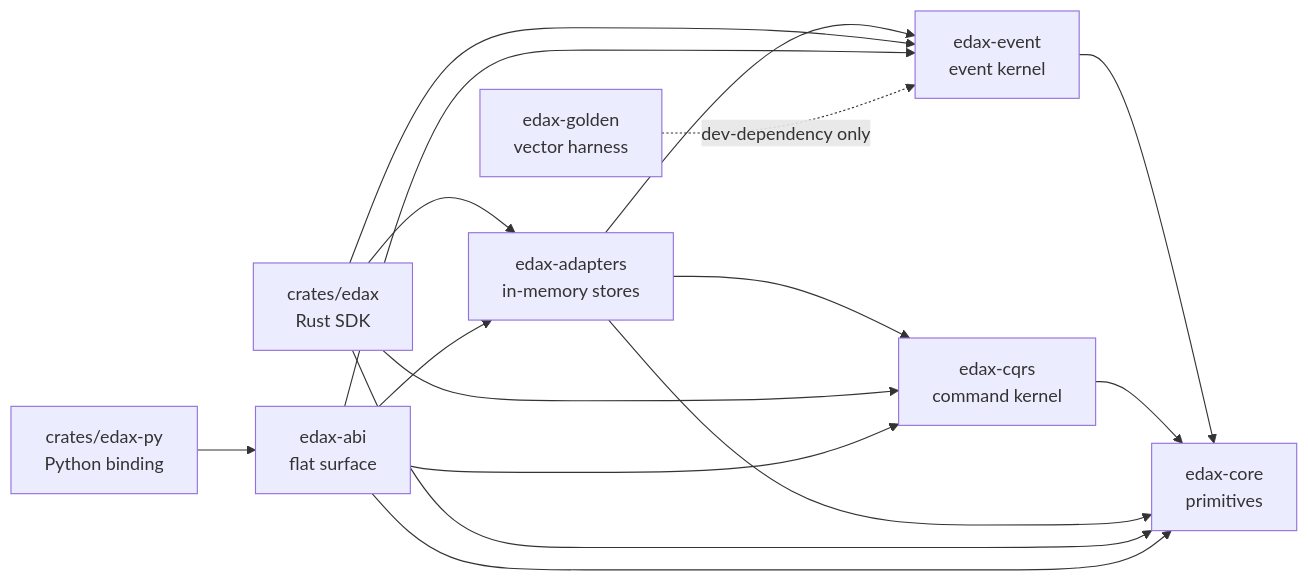
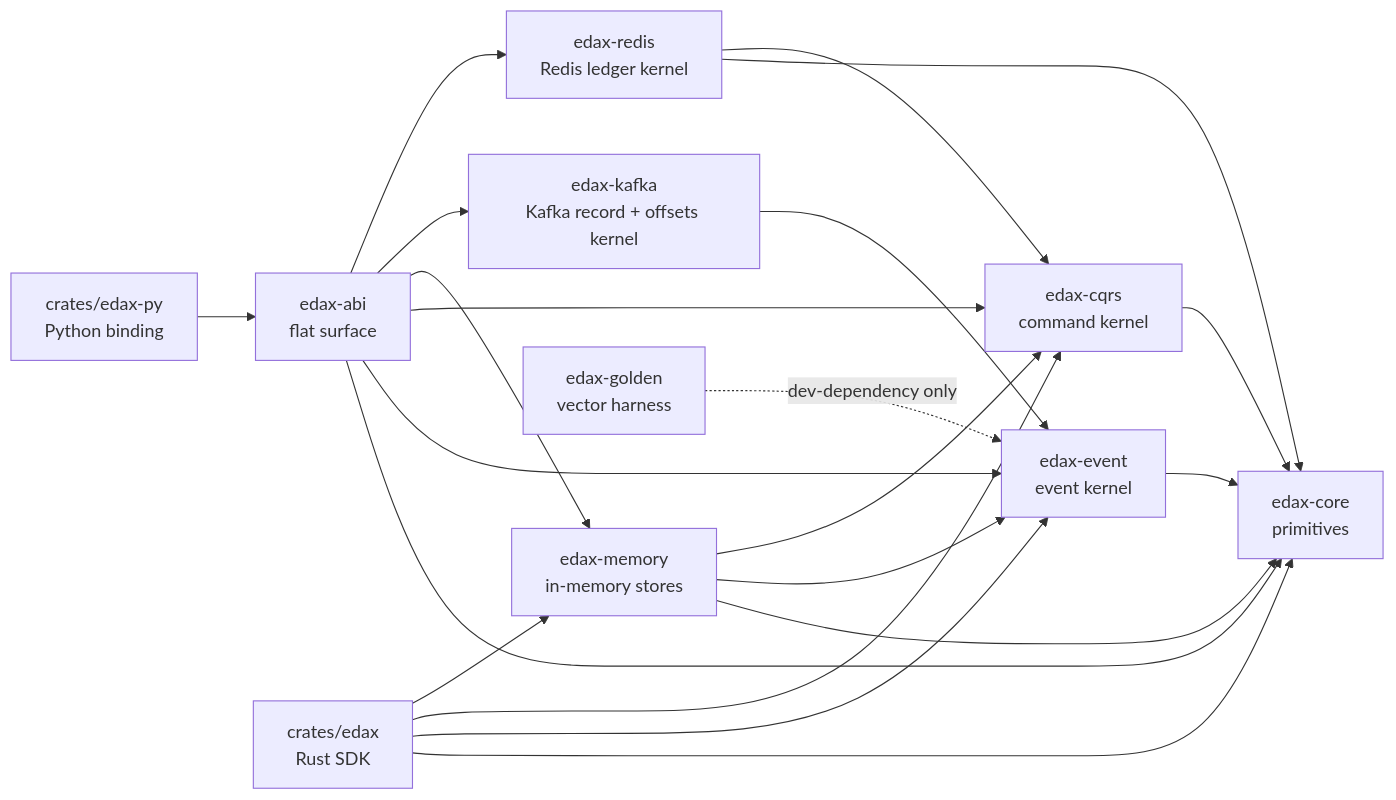
One commit to haskian/edax changed the second of 4 diagrams in docs/architecture.md. Above: the diagram before and after it, drawn with Mermaid. The commit also changed other lines of this file and 81 other files, not shown here.

First line of the commit message:
Per-tech kernel crates: edax-memory, edax-kafka, edax-redis with IO shells (#9)

````diff
--- a/docs/architecture.md
+++ b/docs/architecture.md
@@ -62,27 +62,34 @@
 ```mermaid
 flowchart LR
     core["edax-core<br/>primitives"]
     event["edax-event<br/>event kernel"]
     cqrs["edax-cqrs<br/>command kernel"]
-    adapters["edax-adapters<br/>in-memory stores"]
+    memory["edax-memory<br/>in-memory stores"]
+    kafka["edax-kafka<br/>Kafka record + offsets kernel"]
+    redis["edax-redis<br/>Redis ledger kernel"]
     abi["edax-abi<br/>flat surface"]
     rust["crates/edax<br/>Rust SDK"]
     py["crates/edax-py<br/>Python binding"]
     golden["edax-golden<br/>vector harness"]
 
     event --> core
     cqrs --> core
-    adapters --> core
-    adapters --> event
-    adapters --> cqrs
+    memory --> core
+    memory --> event
+    memory --> cqrs
+    kafka --> event
+    redis --> core
+    redis --> cqrs
     rust --> core
     rust --> event
     rust --> cqrs
-    rust --> adapters
+    rust --> memory
     abi --> core
     abi --> event
     abi --> cqrs
-    abi --> adapters
+    abi --> memory
+    abi --> kafka
+    abi --> redis
     py --> abi
     golden -.->|"dev-dependency only"| event
 ```
````
